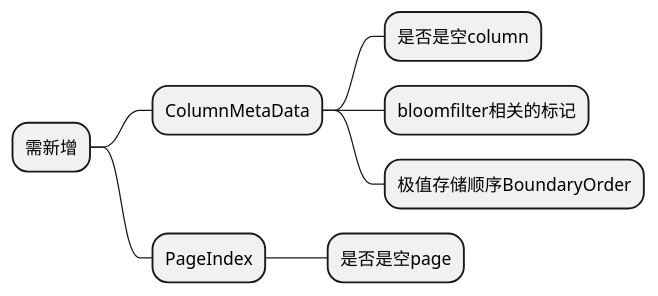
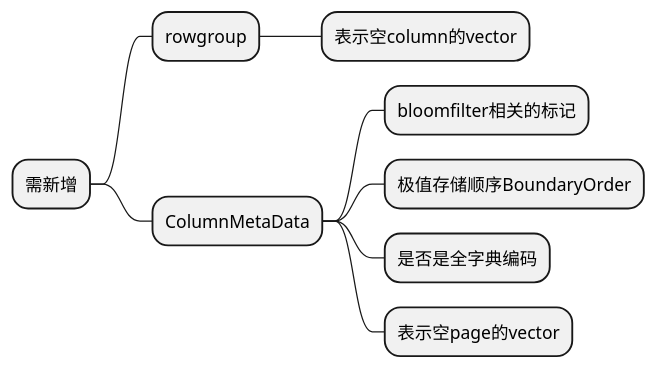
Before and after one commit to HarpsealCC/note: the fourth of 20 diagrams in 东方国信工作资料/点查询/pageindex过滤相关功能.md, drawn with PlantUML. The commit also changed other lines of this file and 5 other files, not shown here.

````diff
--- a/东方国信工作资料/点查询/pageindex过滤相关功能.md
+++ b/东方国信工作资料/点查询/pageindex过滤相关功能.md
@@ -102,11 +98,13 @@
 ```plantuml
 @startmindmap
 * 需新增
+** rowgroup
+*** 表示空column的vector
 ** ColumnMetaData
-*** 是否是空column
 *** bloomfilter相关的标记
 *** 极值存储顺序BoundaryOrder
-** PageIndex
-*** 是否是空page
+*** 是否是全字典编码
+*** 表示空page的vector
+
 @endmindmap
 ```
````
